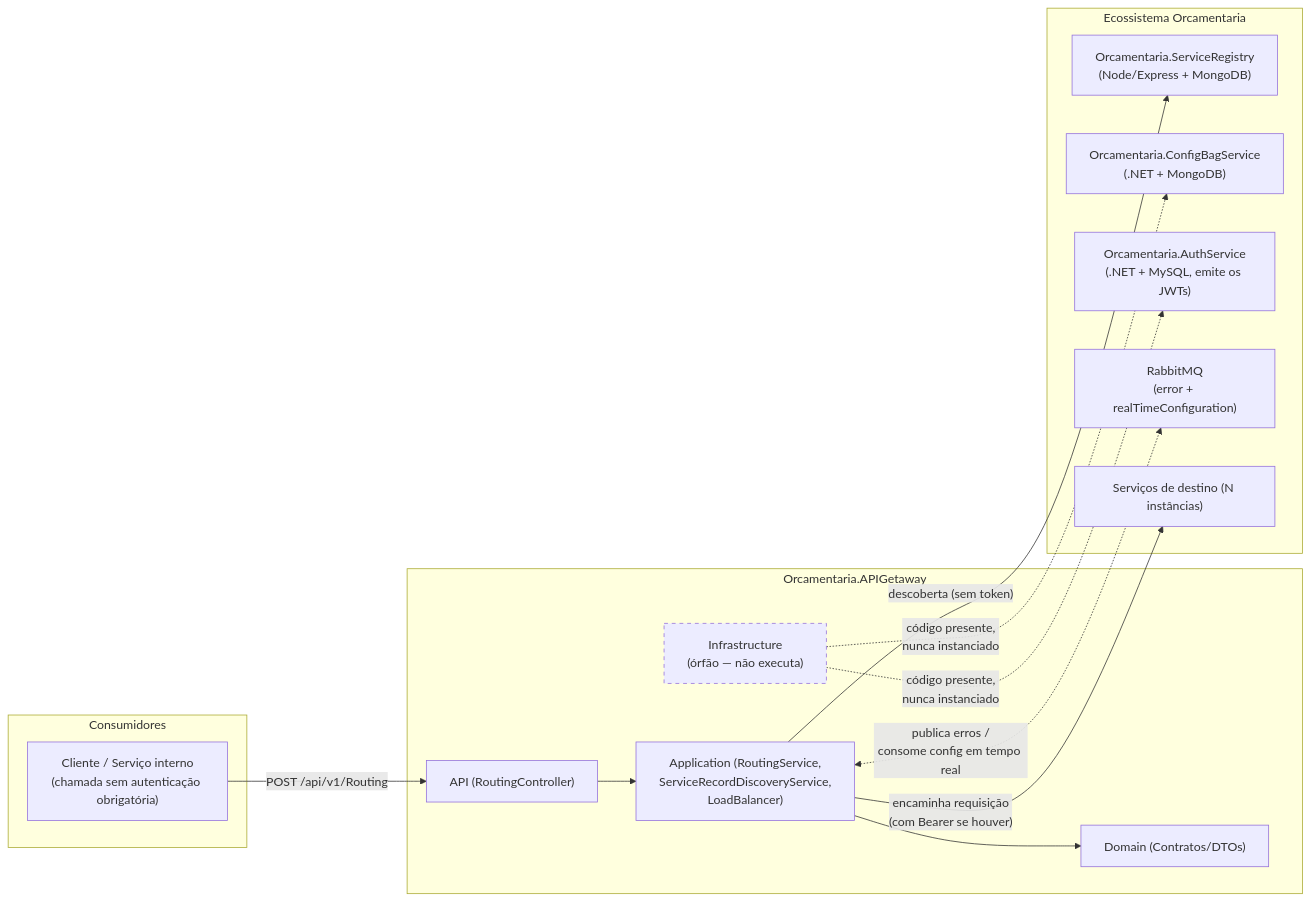
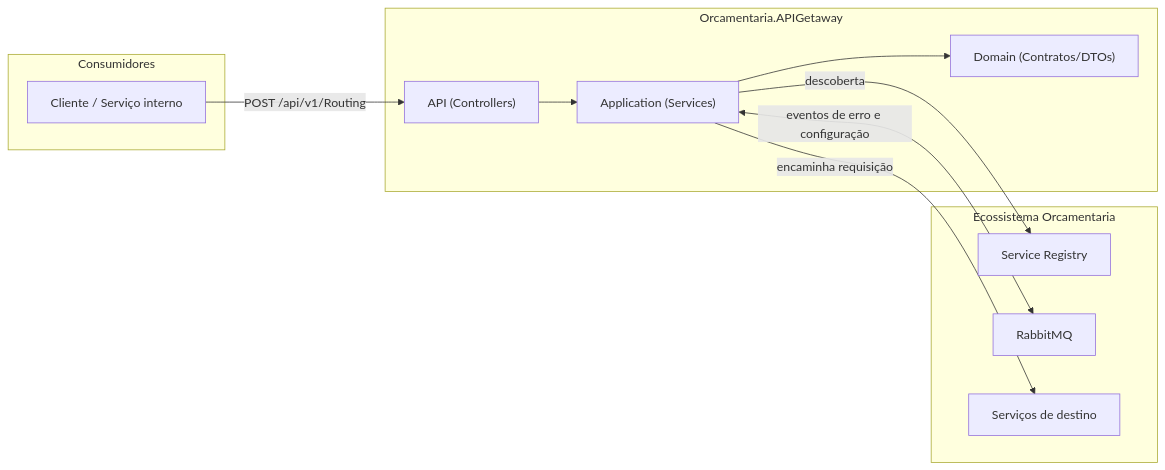
The second of 3 diagrams in README.md (orcamentaria-microservice/Orcamentaria.APIGetaway), drawn with Mermaid before and after one commit. The commit also changed other lines of this file, not shown here.

````diff
--- a/README.md
+++ b/README.md
@@ -368,32 +278,25 @@
 ```mermaid
 flowchart LR
     subgraph Cliente["Consumidores"]
-        C["Cliente / Serviço interno<br/>(chamada sem autenticação obrigatória)"]
+        C["Cliente / Serviço interno"]
     end
 
     subgraph Gateway["Orcamentaria.APIGetaway"]
-        API["API (RoutingController)"]
-        APP["Application (RoutingService,<br/>ServiceRecordDiscoveryService,<br/>LoadBalancer)"]
+        API["API (Controllers)"]
+        APP["Application (Services)"]
         DOM["Domain (Contratos/DTOs)"]
-        INFRA["Infrastructure<br/>(órfão — não executa)"]
     end
 
     subgraph Ext["Ecossistema Orcamentaria"]
-        SR["Orcamentaria.ServiceRegistry<br/>(Node/Express + MongoDB)"]
-        CB["Orcamentaria.ConfigBagService<br/>(.NET + MongoDB)"]
-        AUTH["Orcamentaria.AuthService<br/>(.NET + MySQL, emite os JWTs)"]
-        MQ["RabbitMQ<br/>(error + realTimeConfiguration)"]
-        DS["Serviços de destino (N instâncias)"]
+        SR["Service Registry"]
+        MQ["RabbitMQ"]
+        DS["Serviços de destino"]
     end
 
     C -->|"POST /api/v1/Routing"| API
     API --> APP
     APP --> DOM
-    APP -->|"descoberta (sem token)"| SR
-    APP -->|"encaminha requisição<br/>(com Bearer se houver)"| DS
-    APP <-.->|"publica erros /<br/>consome config em tempo real"| MQ
-    INFRA -.->|"código presente,<br/>nunca instanciado"| CB
-    INFRA -.->|"código presente,<br/>nunca instanciado"| AUTH
-
-    style INFRA stroke-dasharray: 5 5
+    APP -->|"descoberta"| SR
+    APP -->|"encaminha requisição"| DS
+    APP <-->|"eventos de erro e configuração"| MQ
 ```
````
